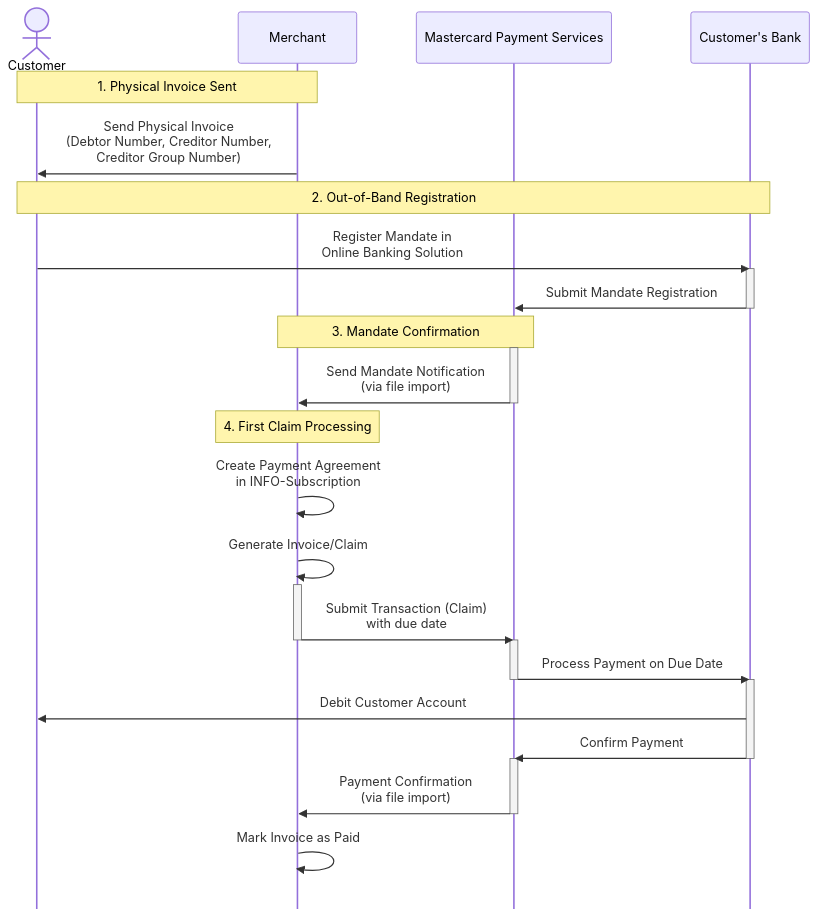
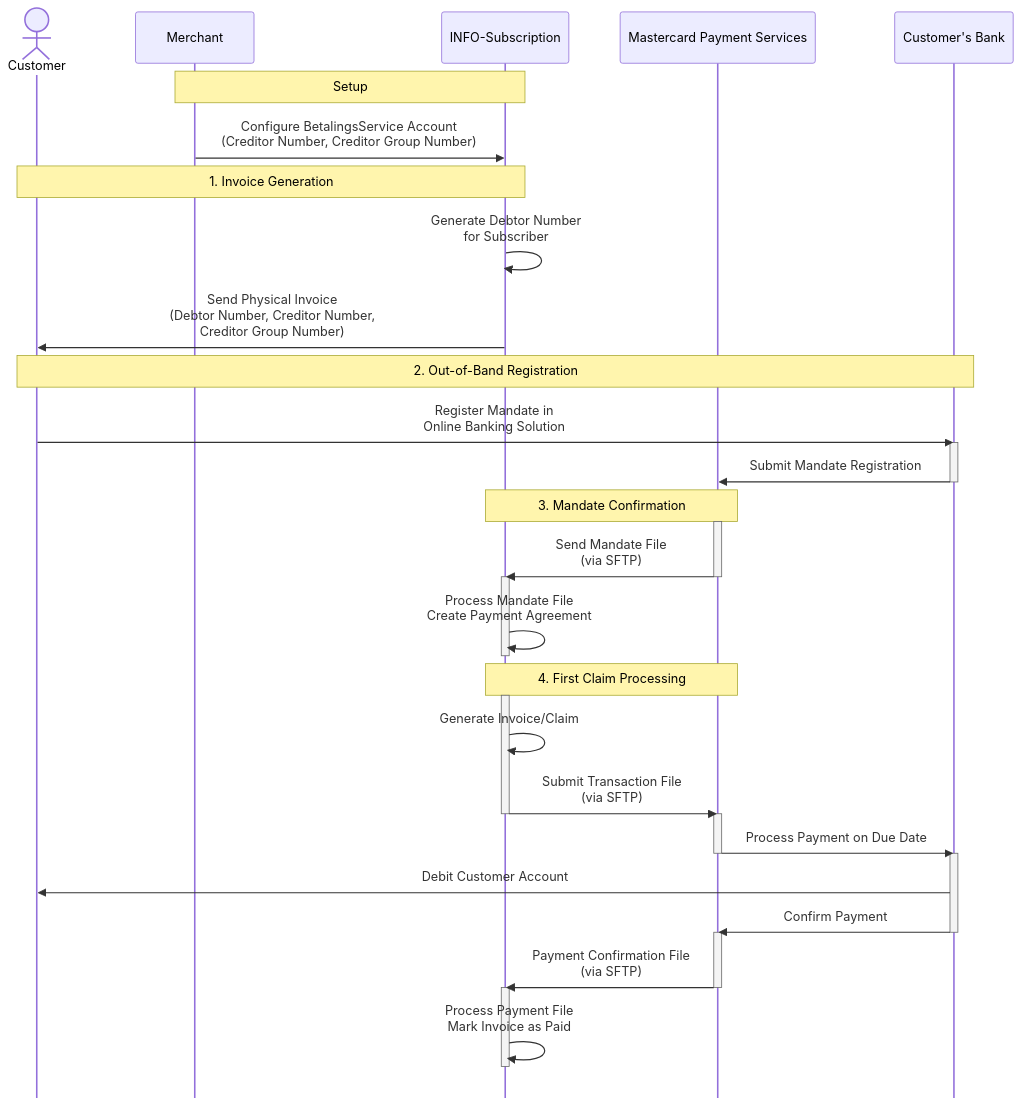
Before and after one commit to infosoftas/info-subscription-doc: the diagram in source/payments/providers/betalingsservice-mandate-flow.mmd, drawn with Mermaid. The commit also changed 1 other file, not shown here.

Commit message:
Update BetalingsService diagram to include INFO-Subscription role and SFTP file transfers

```diff
--- a/source/payments/providers/betalingsservice-mandate-flow.mmd
+++ b/source/payments/providers/betalingsservice-mandate-flow.mmd
@@ -1,43 +1,51 @@
 %%{init: { 'sequence': { 'mirrorActors': false } } }%%
 sequenceDiagram
     actor Customer
     participant Merchant
+    participant INFO as INFO-Subscription
     participant MPS as Mastercard Payment Services
     participant Bank as Customer's Bank
 
-    Note over Merchant,Customer: 1. Physical Invoice Sent
-    Merchant->>Customer: Send Physical Invoice<br/>(Debtor Number, Creditor Number,<br/>Creditor Group Number)
+    Note over Merchant,INFO: Setup
+    Merchant->>INFO: Configure BetalingsService Account<br/>(Creditor Number, Creditor Group Number)
+    
+    Note over INFO,Customer: 1. Invoice Generation
+    INFO->>INFO: Generate Debtor Number<br/>for Subscriber
+    INFO->>Customer: Send Physical Invoice<br/>(Debtor Number, Creditor Number,<br/>Creditor Group Number)
     
     Note over Customer,Bank: 2. Out-of-Band Registration
     Customer->>Bank: Register Mandate in<br/>Online Banking Solution
     activate Bank
     Bank->>MPS: Submit Mandate Registration
     deactivate Bank
     
-    Note over MPS,Merchant: 3. Mandate Confirmation
+    Note over MPS,INFO: 3. Mandate Confirmation
     activate MPS
-    MPS->>Merchant: Send Mandate Notification<br/>(via file import)
+    MPS->>INFO: Send Mandate File<br/>(via SFTP)
     deactivate MPS
+    activate INFO
+    INFO->>INFO: Process Mandate File<br/>Create Payment Agreement
+    deactivate INFO
     
-    Note over Merchant: 4. First Claim Processing
-    Merchant->>Merchant: Create Payment Agreement<br/>in INFO-Subscription
-    Merchant->>Merchant: Generate Invoice/Claim
-    
-    activate Merchant
-    Merchant->>MPS: Submit Transaction (Claim)<br/>with due date
-    deactivate Merchant
+    Note over INFO,MPS: 4. First Claim Processing
+    activate INFO
+    INFO->>INFO: Generate Invoice/Claim
+    INFO->>MPS: Submit Transaction File<br/>(via SFTP)
+    deactivate INFO
     
     activate MPS
     MPS->>Bank: Process Payment on Due Date
     deactivate MPS
     
     activate Bank
     Bank->>Customer: Debit Customer Account
     Bank->>MPS: Confirm Payment
     deactivate Bank
     
     activate MPS
-    MPS->>Merchant: Payment Confirmation<br/>(via file import)
+    MPS->>INFO: Payment Confirmation File<br/>(via SFTP)
     deactivate MPS
     
-    Merchant->>Merchant: Mark Invoice as Paid
+    activate INFO
+    INFO->>INFO: Process Payment File<br/>Mark Invoice as Paid
+    deactivate INFO
```
